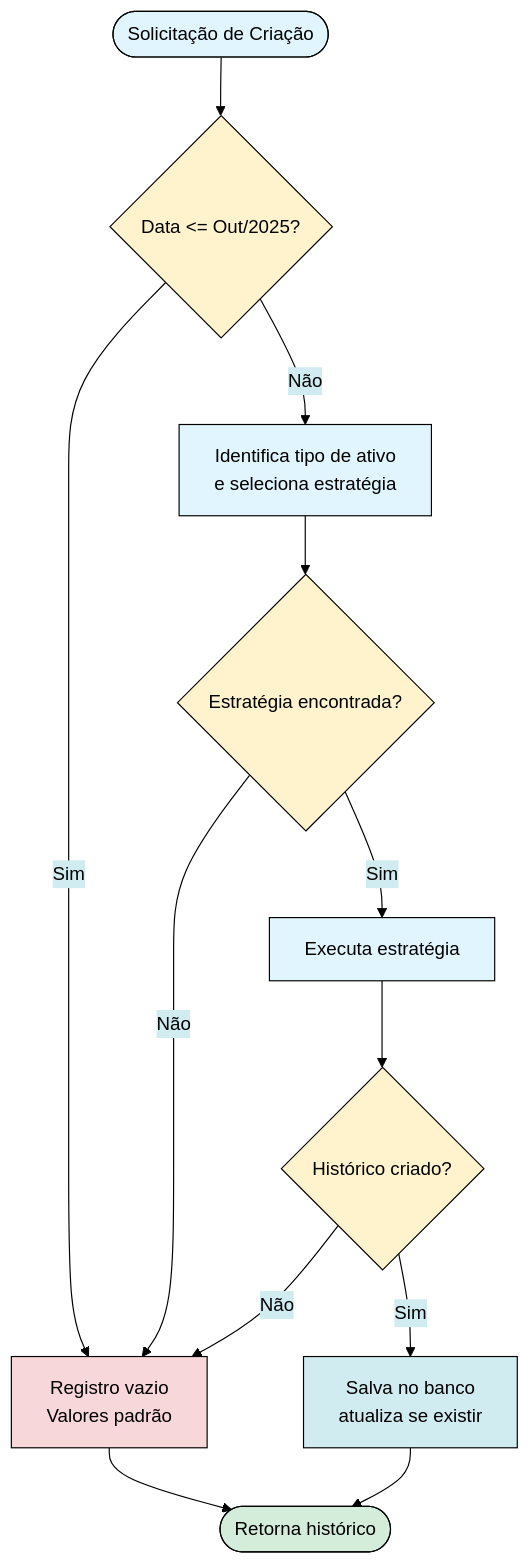
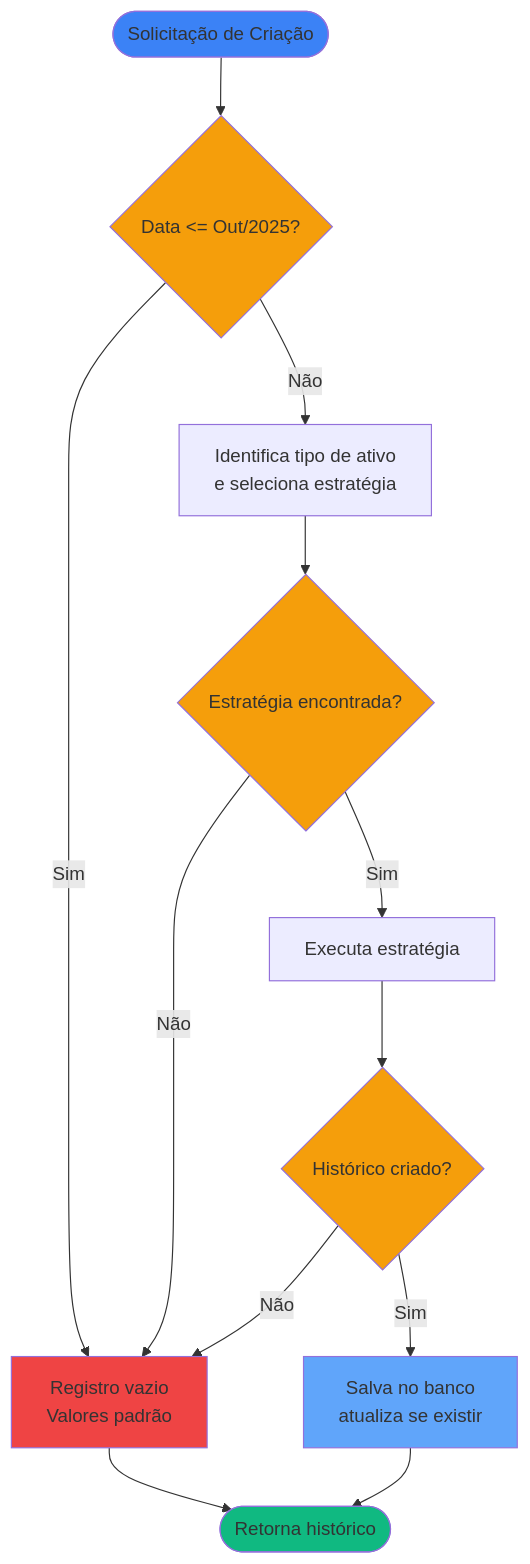
Before and after one commit to enirsilvaferraz/Investments-KMP: the first of 3 diagrams in docs/RN - Criar novo registro de histórico.md, drawn with Mermaid. The commit also changed other lines of this file, not shown here.

First line of the commit message:
docs: Update Mermaid diagram colors in history creation docs

````diff
--- a/docs/RN - Criar novo registro de histórico.md
+++ b/docs/RN - Criar novo registro de histórico.md
@@ -26,26 +26,25 @@
 ```mermaid
-%%{init: {'theme':'base', 'themeVariables': {'background':'#ffffff', 'primaryColor':'#e1f5ff', 'primaryTextColor':'#000000', 'primaryBorderColor':'#000000', 'lineColor':'#000000', 'secondaryColor':'#d1ecf1', 'tertiaryColor':'#fff3cd'}}}%%
 flowchart TD
     Start([Solicitação de Criação]) --> CheckDate{Data <= Out/2025?}
     CheckDate -->|Sim| Empty[Registro vazio<br/>Valores padrão]
     CheckDate -->|Não| SelectStrategy[Identifica tipo de ativo<br/>e seleciona estratégia]
     
     SelectStrategy --> HasStrategy{Estratégia encontrada?}
     HasStrategy -->|Não| Empty
     HasStrategy -->|Sim| Execute[Executa estratégia]
     
     Execute --> Success{Histórico criado?}
     Success -->|Não| Empty
     Success -->|Sim| Save[Salva no banco<br/>atualiza se existir]
     
     Save --> End([Retorna histórico])
     Empty --> End
     
-    style Start fill:#e1f5ff
-    style End fill:#d4edda
-    style CheckDate fill:#fff3cd
-    style HasStrategy fill:#fff3cd
-    style Success fill:#fff3cd
-    style Empty fill:#f8d7da
-    style Save fill:#d1ecf1
+    style Start fill:#3b82f6
+    style End fill:#10b981
+    style CheckDate fill:#f59e0b
+    style HasStrategy fill:#f59e0b
+    style Success fill:#f59e0b
+    style Empty fill:#ef4444
+    style Save fill:#60a5fa
 ```
````
